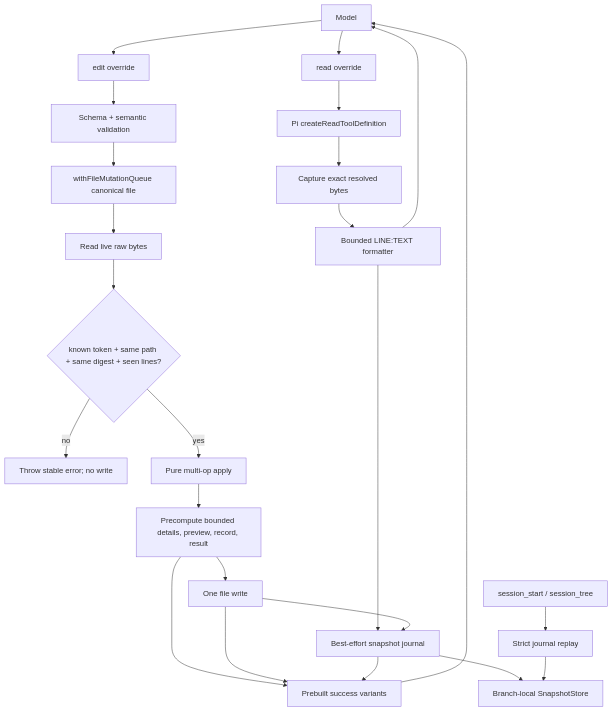
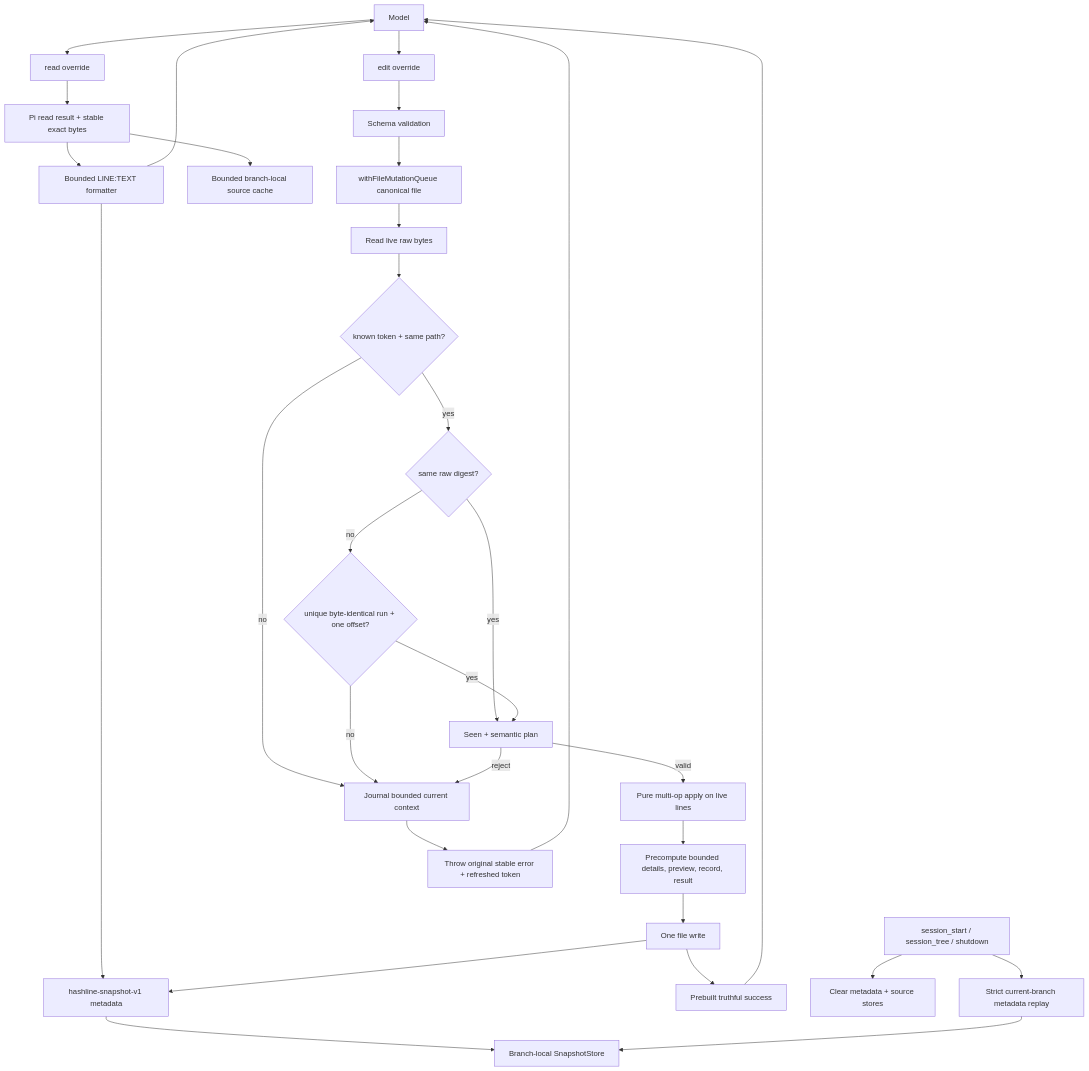
Before and after one commit to jaronic/pi-extensions: the first of 3 diagrams in docs/design/11-hashline-extension-design.md, drawn with Mermaid. The commit also changed other lines of this file and 17 other files, not shown here.

````diff
--- a/docs/design/11-hashline-extension-design.md
+++ b/docs/design/11-hashline-extension-design.md
@@ -382,28 +408,35 @@
 ```mermaid
 flowchart TB
     Model --> Read[read override]
-    Read --> Builtin[Pi createReadToolDefinition]
-    Builtin --> Capture[Capture exact resolved bytes]
+    Read --> Capture[Pi read result + stable exact bytes]
     Capture --> Format[Bounded LINE:TEXT formatter]
-    Format --> Journal[hashline-snapshot-v1]
+    Format --> Journal[hashline-snapshot-v1 metadata]
+    Capture --> Recovery[Bounded branch-local source cache]
     Journal --> Store[Branch-local SnapshotStore]
     Format --> Model
 
     Model --> Edit[edit override]
-    Edit --> Validate[Schema + semantic validation]
+    Edit --> Validate[Schema validation]
     Validate --> Queue[withFileMutationQueue canonical file]
     Queue --> Live[Read live raw bytes]
-    Live --> CAS{known token + same path + same digest + seen lines?}
-    CAS -->|no| Reject[Throw stable error; no write]
-    CAS -->|yes| Apply[Pure multi-op apply]
+    Live --> Known{known token + same path?}
+    Known -->|no| Refresh[Journal bounded current context]
+    Known -->|yes| Digest{same raw digest?}
+    Digest -->|yes| Plan[Seen + semantic plan]
+    Digest -->|no| Rebase{unique byte-identical run + one offset?}
+    Rebase -->|yes| Plan
+    Rebase -->|no| Refresh
+    Plan -->|reject| Refresh
+    Plan -->|valid| Apply[Pure multi-op apply on live lines]
     Apply --> Prepare[Precompute bounded details, preview, record, result]
     Prepare --> Commit[One file write]
-    Commit --> Journal[Best-effort snapshot journal]
-    Prepare --> Result[Prebuilt success variants]
-    Commit --> Result
-    Journal --> Result
+    Commit --> Journal
+    Commit --> Result[Prebuilt truthful success]
+    Refresh --> Reject[Throw original stable error + refreshed token]
+    Reject --> Model
     Result --> Model
 
-    Branch[session_start / session_tree] --> Replay[Strict journal replay]
+    Branch[session_start / session_tree / shutdown] --> Clear[Clear metadata + source stores]
+    Branch --> Replay[Strict current-branch metadata replay]
     Replay --> Store
 ```
````
